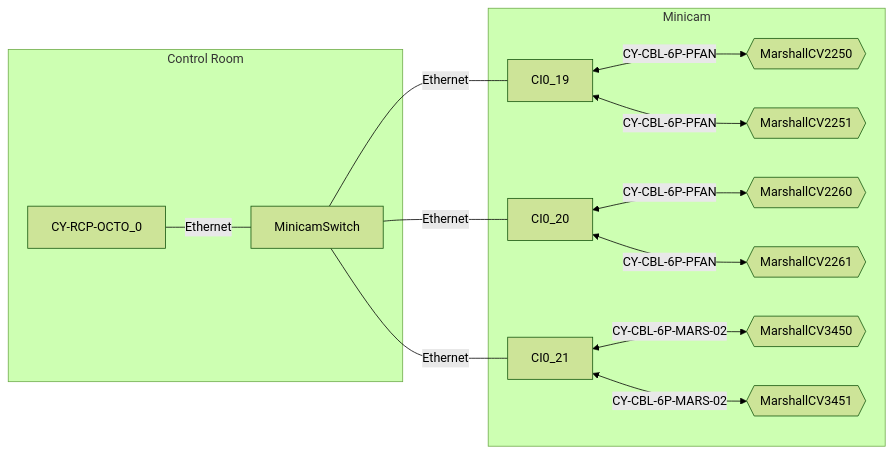
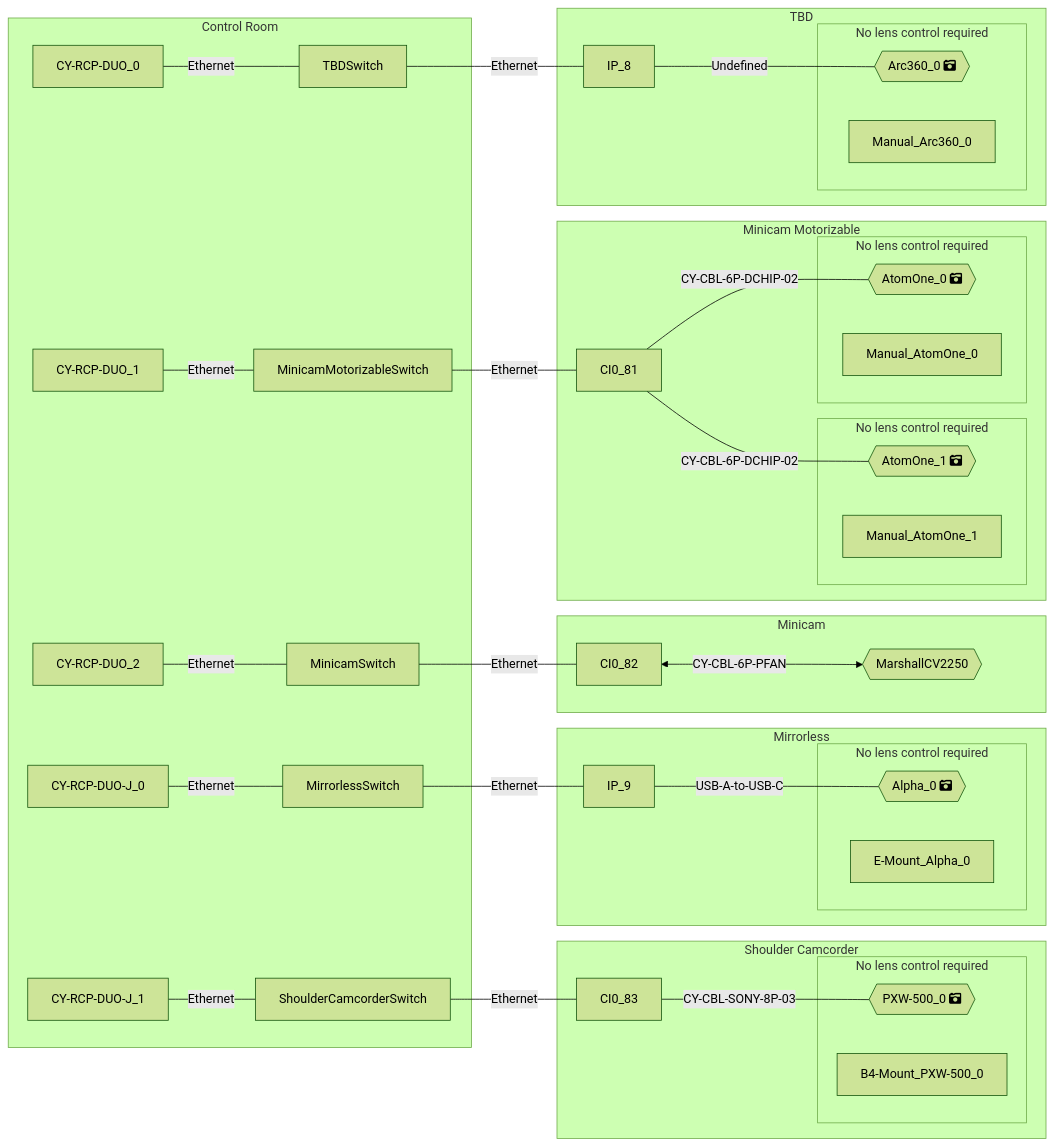
The diagram in debug/mermaid_code_obj.md (Rascarquapac/cyansim), drawn with Mermaid (forest theme) before and after one commit. The commit also changed 6 other files, not shown here.

```diff
--- a/debug/mermaid_code_obj.md
+++ b/debug/mermaid_code_obj.md
@@ -1,18 +1,52 @@
 :::mermaid
 graph RL
+subgraph TBD
+Arc360_0{{"Arc360_0 fa:fa-camera-retro"}}---|Undefined|IP_8
+  subgraph Arc360_0_cameralens [No lens control required]
+    Arc360_0
+    Manual_Arc360_0
+  end
+end
+subgraph Minicam Motorizable
+AtomOne_0{{"AtomOne_0 fa:fa-camera-retro"}}---|CY-CBL-6P-DCHIP-02|CI0_81
+  subgraph AtomOne_0_cameralens [No lens control required]
+    AtomOne_0
+    Manual_AtomOne_0
+  end
+AtomOne_1{{"AtomOne_1 fa:fa-camera-retro"}}---|CY-CBL-6P-DCHIP-02|CI0_81
+  subgraph AtomOne_1_cameralens [No lens control required]
+    AtomOne_1
+    Manual_AtomOne_1
+  end
+end
 subgraph Minicam
-CV225_0{{"MarshallCV2250"}}<-->|CY-CBL-6P-PFAN|CI0_19
-CV225_1{{"MarshallCV2251"}}<-->|CY-CBL-6P-PFAN|CI0_19
-CV226_0{{"MarshallCV2260"}}<-->|CY-CBL-6P-PFAN|CI0_20
-CV226_1{{"MarshallCV2261"}}<-->|CY-CBL-6P-PFAN|CI0_20
-CV345_0{{"MarshallCV3450"}}<-->|CY-CBL-6P-MARS-02|CI0_21
-CV345_1{{"MarshallCV3451"}}<-->|CY-CBL-6P-MARS-02|CI0_21
+CV225_0{{"MarshallCV2250"}}<-->|CY-CBL-6P-PFAN|CI0_82
+end
+subgraph Mirrorless
+Alpha_0{{"Alpha_0 fa:fa-camera-retro"}}---|USB-A-to-USB-C|IP_9
+  subgraph Alpha_0_cameralens [No lens control required]
+    Alpha_0
+    E-Mount_Alpha_0
+  end
+end
+subgraph Shoulder Camcorder
+PXW-500_0{{"PXW-500_0 fa:fa-camera-retro"}}---|CY-CBL-SONY-8P-03|CI0_83
+  subgraph PXW-500_0_cameralens [No lens control required]
+    PXW-500_0
+    B4-Mount_PXW-500_0
+  end
 end
 subgraph "Control Room" 
-CI0_19 --- |Ethernet|MinicamSwitch
-CI0_20 --- |Ethernet|MinicamSwitch
-CI0_21 --- |Ethernet|MinicamSwitch
-MinicamSwitch --- |Ethernet|CY-RCP-OCTO_0
+IP_8 --- |Ethernet|TBDSwitch
+CI0_81 --- |Ethernet|MinicamMotorizableSwitch
+CI0_82 --- |Ethernet|MinicamSwitch
+IP_9 --- |Ethernet|MirrorlessSwitch
+CI0_83 --- |Ethernet|ShoulderCamcorderSwitch
+TBDSwitch --- |Ethernet|CY-RCP-DUO_0
+MinicamMotorizableSwitch --- |Ethernet|CY-RCP-DUO_1
+MinicamSwitch --- |Ethernet|CY-RCP-DUO_2
+MirrorlessSwitch --- |Ethernet|CY-RCP-DUO-J_0
+ShoulderCamcorderSwitch --- |Ethernet|CY-RCP-DUO-J_1
 end
 
 :::
```
